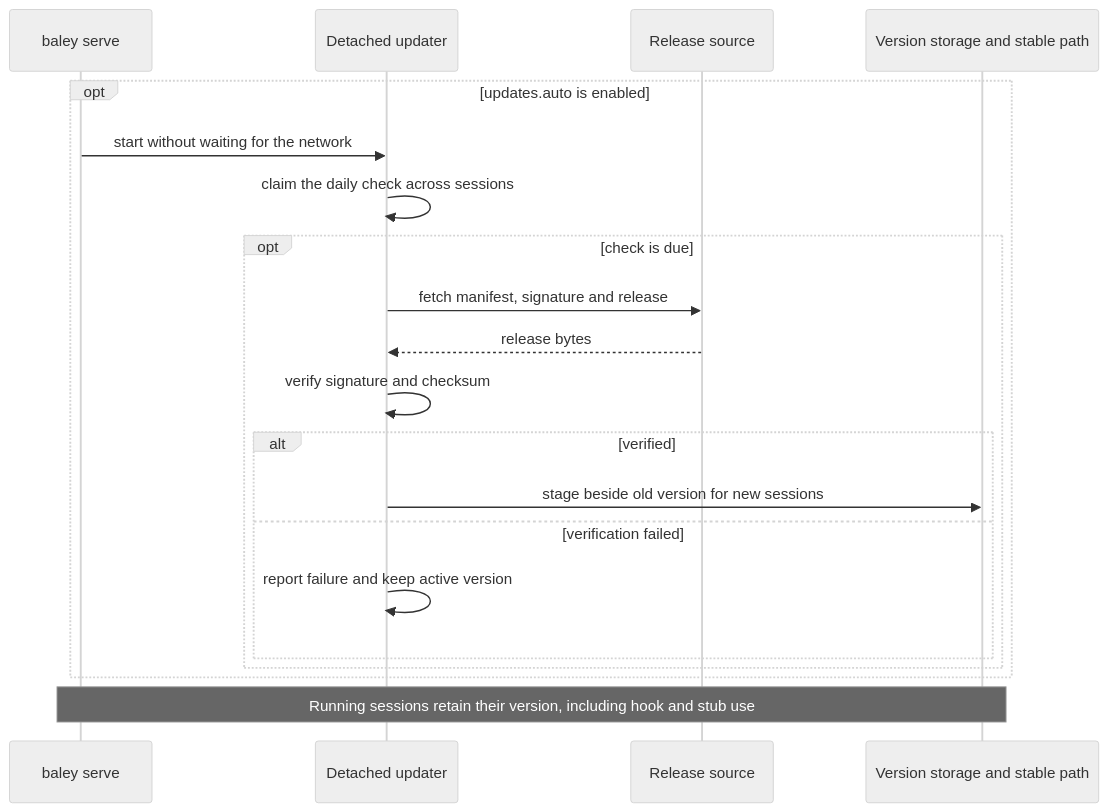
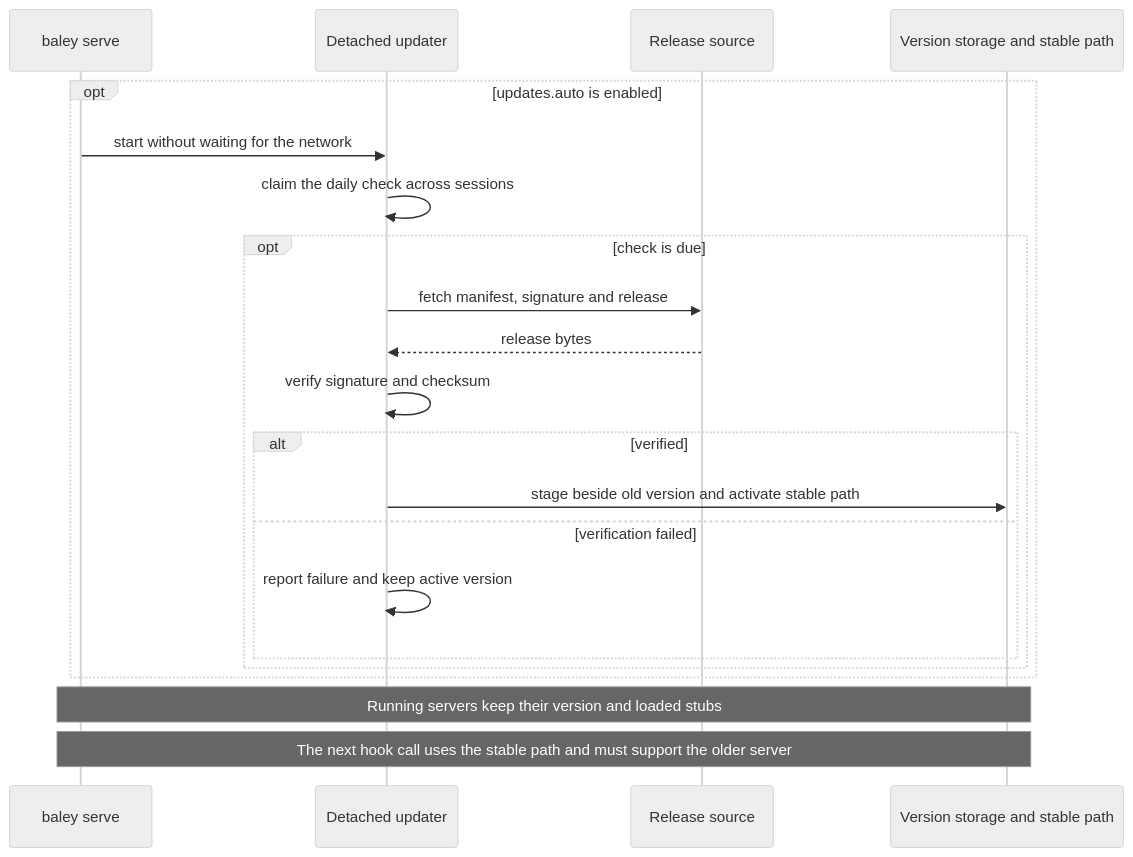
Before and after one commit to crenshawdev/baley: the eighth of 8 diagrams in docs/design/0012-host-interface.md, drawn with Mermaid (neutral theme). The commit also changed other lines of this file and 9 other files, not shown here.

````diff
--- a/docs/design/0012-host-interface.md
+++ b/docs/design/0012-host-interface.md
@@ -412,22 +414,23 @@
 ```mermaid
 sequenceDiagram
   participant S as baley serve
   participant U as Detached updater
   participant R as Release source
   participant V as Version storage and stable path
   opt updates.auto is enabled
     S->>U: start without waiting for the network
     U->>U: claim the daily check across sessions
     opt check is due
       U->>R: fetch manifest, signature and release
       R-->>U: release bytes
       U->>U: verify signature and checksum
       alt verified
-        U->>V: stage beside old version for new sessions
+        U->>V: stage beside old version and activate stable path
       else verification failed
         U->>U: report failure and keep active version
       end
     end
   end
-  Note over S,V: Running sessions retain their version, including hook and stub use
+  Note over S,V: Running servers keep their version and loaded stubs
+  Note over S,V: The next hook call uses the stable path and must support the older server
 ```
````
